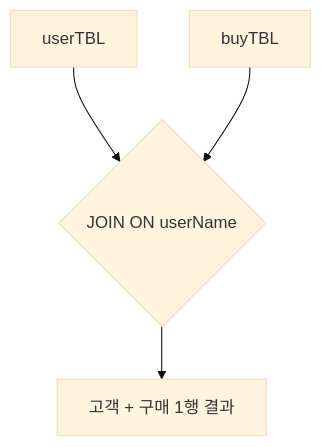
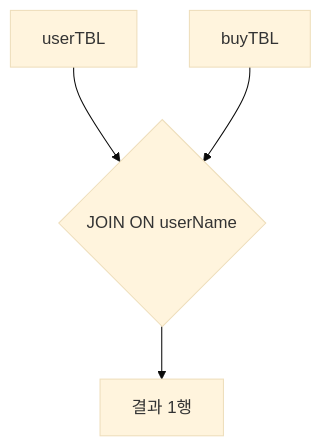
The fourth of 7 diagrams in db02/README.md (metaapple/kb7-db), drawn with Mermaid (base theme) before and after one commit. The commit also changed other lines of this file, not shown here.

````diff
--- a/db02/README.md
+++ b/db02/README.md
@@ -149,6 +151,6 @@
 ```mermaid
 flowchart TD
     A[userTBL] --> B{JOIN ON userName}
     C[buyTBL] --> B
-    B --> D[고객 + 구매 1행 결과]
+    B --> D[결과 1행]
 ```
````
